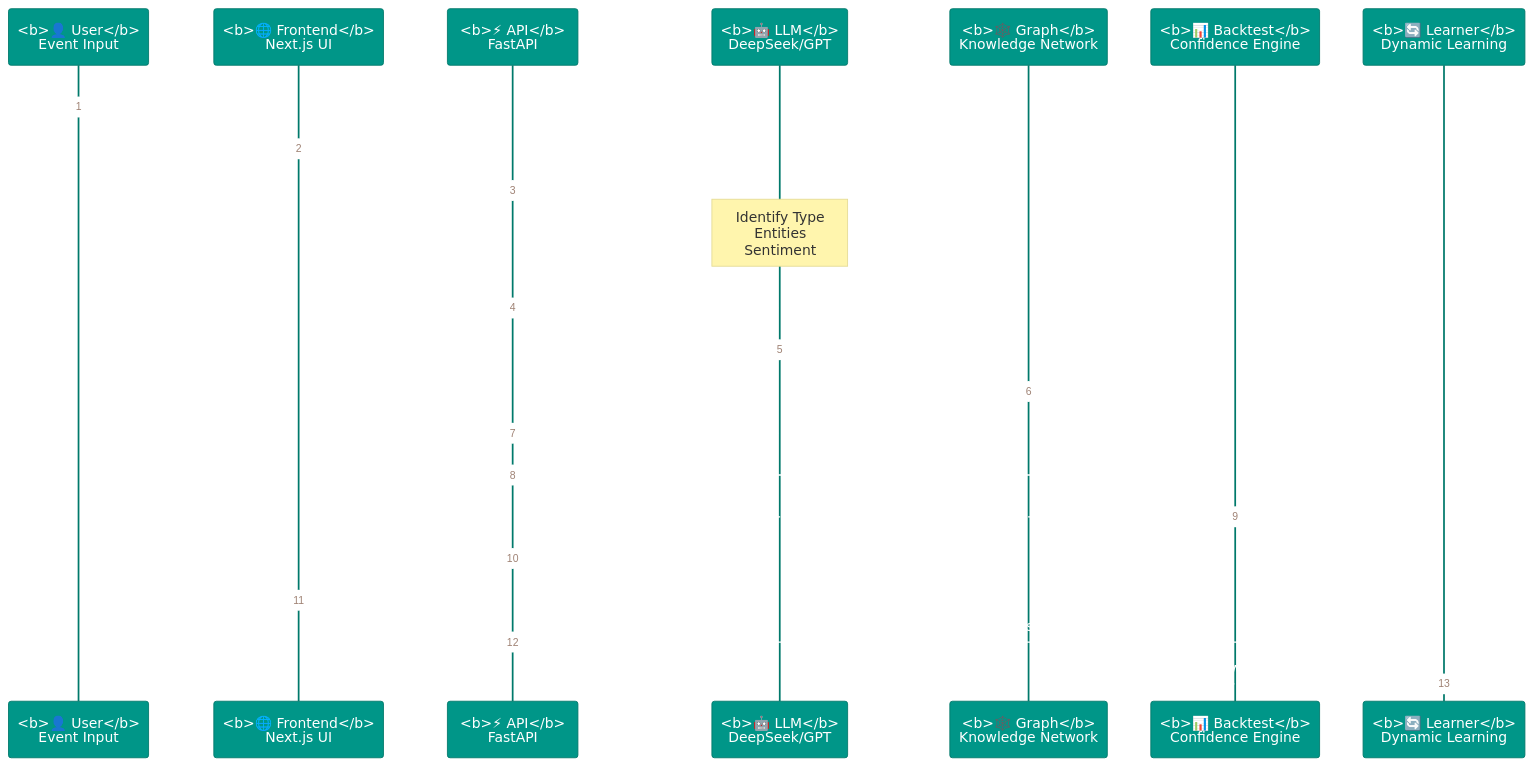
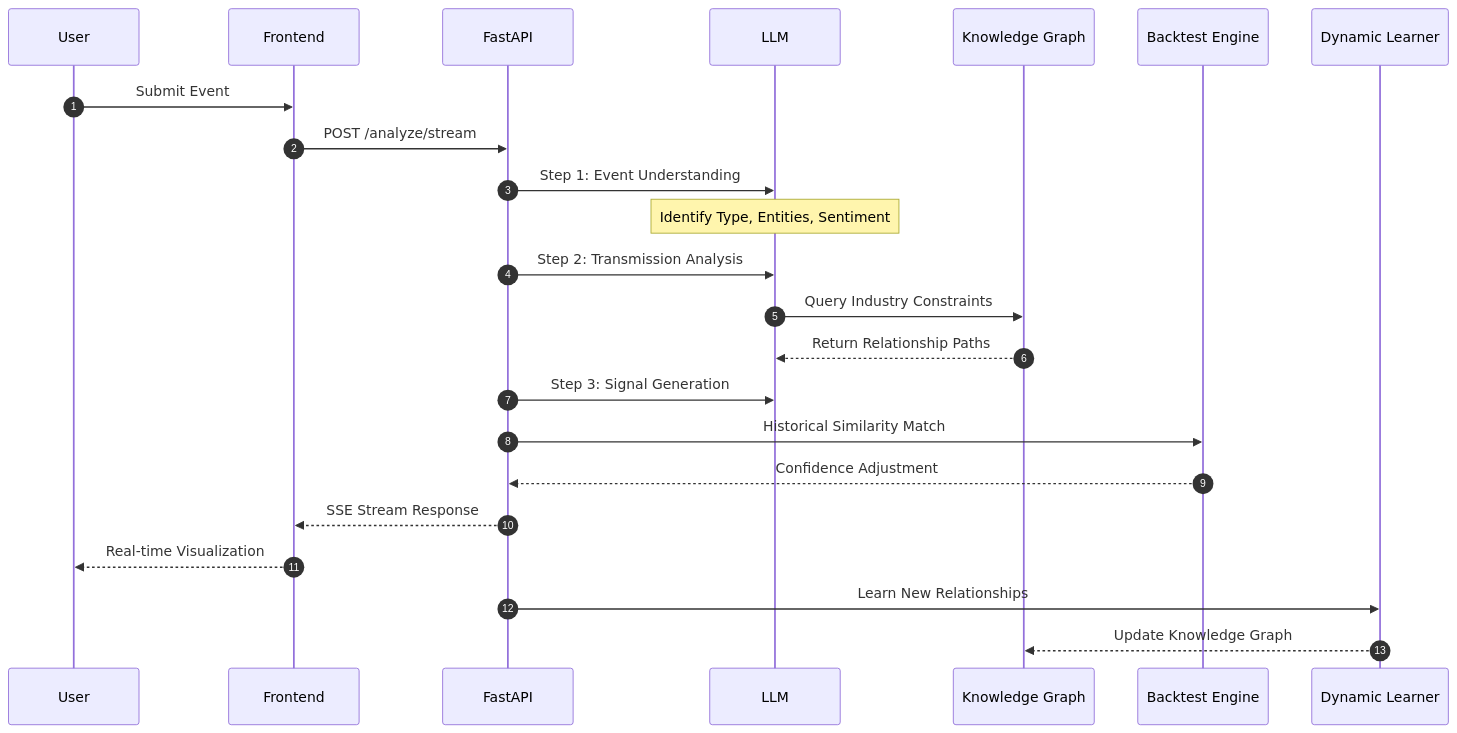
One commit to mkih76/event-driven-trading-system changed the first of 3 diagrams in README.md. Above: the diagram before and after it, drawn with Mermaid. The commit also changed other lines of this file, not shown here.

First line of the commit message:
README: fix Mermaid rendering and restructure with academic layout

````diff
--- a/README.md
+++ b/README.md
@@ -89,31 +104,30 @@
 ```mermaid
-%%{init: {'theme': 'base', 'themeVariables': { 'primaryColor': '#009688', 'primaryTextColor': '#fff', 'primaryBorderColor': '#00796b', 'lineColor': '#607d8b', 'secondaryColor': '#37474f', 'tertiaryColor': '#263238'}}}%%
 sequenceDiagram
     autonumber
-    participant U as <b>👤 User</b><br/>Event Input
-    participant F as <b>🌐 Frontend</b><br/>Next.js UI
-    participant A as <b>⚡ API</b><br/>FastAPI
-    participant LLM as <b>🤖 LLM</b><br/>DeepSeek/GPT
-    participant KG as <b>🕸️ Graph</b><br/>Knowledge Network
-    participant BT as <b>📊 Backtest</b><br/>Confidence Engine
-    participant DL as <b>🔄 Learner</b><br/>Dynamic Learning
+    participant User as User
+    participant Frontend as Frontend
+    participant API as FastAPI
+    participant LLM as LLM
+    participant KG as Knowledge Graph
+    participant BT as Backtest Engine
+    participant DL as Dynamic Learner
 
-    U->>F: Submit Event
-    F->>A: POST /analyze/stream
-    A->>LLM: Step 1: Event Understanding
-    Note over LLM: Identify Type<br/>Entities<br/>Sentiment
+    User->>Frontend: Submit Event
+    Frontend->>API: POST /analyze/stream
+    API->>LLM: Step 1: Event Understanding
+    Note over LLM: Identify Type, Entities, Sentiment
 
-    A->>LLM: Step 2: Transmission Analysis
+    API->>LLM: Step 2: Transmission Analysis
     LLM->>KG: Query Industry Constraints
     KG-->>LLM: Return Relationship Paths
 
-    A->>LLM: Step 3: Signal Generation
-    A->>BT: Historical Similarity Match
-    BT-->>A: Confidence Adjustment
+    API->>LLM: Step 3: Signal Generation
+    API->>BT: Historical Similarity Match
+    BT-->>API: Confidence Adjustment
 
-    A-->>F: SSE Stream Response
-    F-->>U: Real-time Visualization
+    API-->>Frontend: SSE Stream Response
+    Frontend-->>User: Real-time Visualization
 
-    A->>DL: Learn New Relationships
+    API->>DL: Learn New Relationships
     DL-->>KG: Update Knowledge Graph
 ```
````
